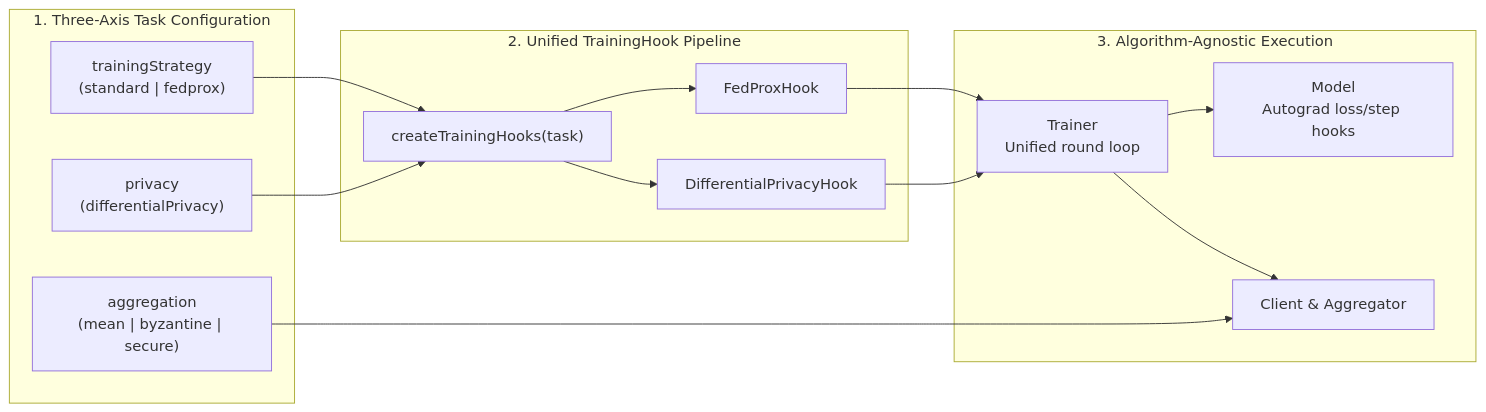
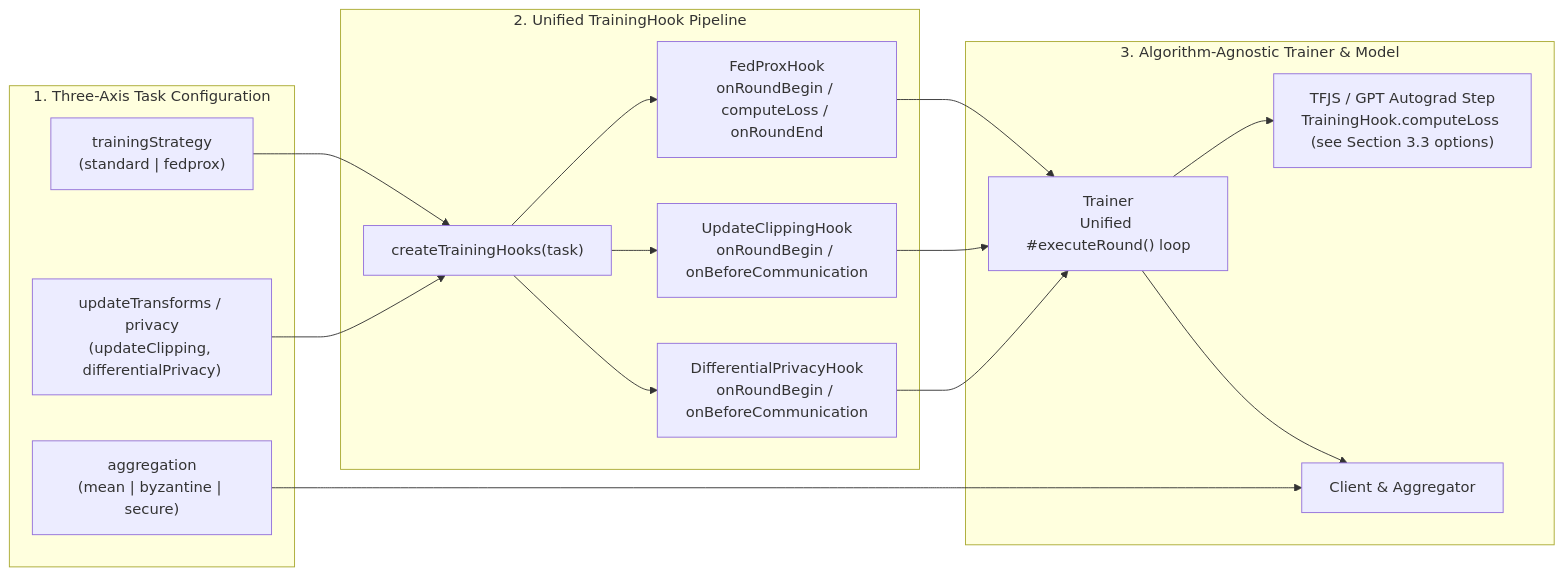
Before and after one commit to epfml/disco: the second of 3 diagrams in docs/TRAINING_ARCHITECTURE.md, drawn with Mermaid. The commit also changed other lines of this file, not shown here.

````diff
--- a/docs/TRAINING_ARCHITECTURE.md
+++ b/docs/TRAINING_ARCHITECTURE.md
@@ -63,30 +69,33 @@
 ```mermaid
 flowchart LR
     subgraph Config["1. Three-Axis Task Configuration"]
         TS["trainingStrategy<br/>(standard | fedprox)"]
-        UT["privacy<br/>(differentialPrivacy)"]
+        UT["updateTransforms / privacy<br/>(updateClipping, differentialPrivacy)"]
         AG["aggregation<br/>(mean | byzantine | secure)"]
     end
 
     subgraph HookPipeline["2. Unified TrainingHook Pipeline"]
         HF["createTrainingHooks(task)"]
-        H1["FedProxHook"]
-        H2["DifferentialPrivacyHook"]
+        H1["FedProxHook<br/>onRoundBegin / computeLoss / onRoundEnd"]
+        H2["UpdateClippingHook<br/>onRoundBegin / onBeforeCommunication"]
+        H3["DifferentialPrivacyHook<br/>onRoundBegin / onBeforeCommunication"]
         HF --> H1
         HF --> H2
+        HF --> H3
     end
 
-    subgraph Execution["3. Algorithm-Agnostic Execution"]
-        TR["Trainer<br/>Unified round loop"]
-        MDL["Model<br/>Autograd loss/step hooks"]
+    subgraph Execution["3. Algorithm-Agnostic Trainer & Model"]
+        TR["Trainer<br/>Unified #executeRound() loop"]
+        OPT["TFJS / GPT Autograd Step<br/>TrainingHook.computeLoss (see Section 3.3 options)"]
         CL["Client & Aggregator"]
-        TR --> MDL
+        TR --> OPT
         TR --> CL
     end
 
     TS --> HF
     UT --> HF
     AG --> CL
     H1 --> TR
     H2 --> TR
+    H3 --> TR
 ```
````
